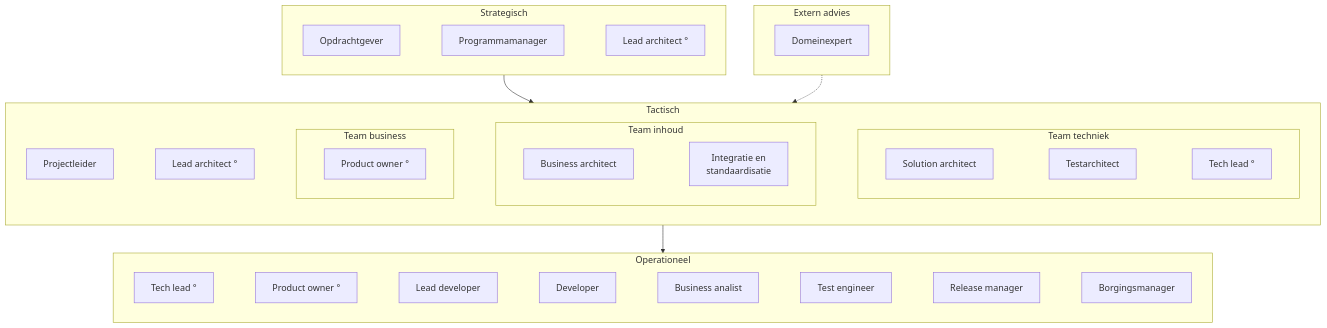
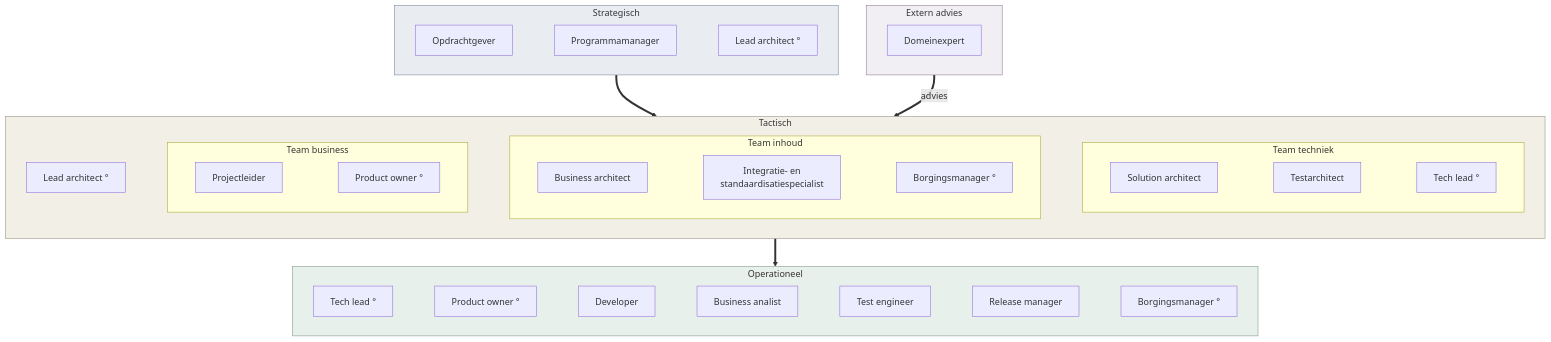
The first of 3 diagrams in presentaties/src/260903_rollen.md (Npuls-OKx/meta), drawn with Mermaid before and after one commit. The commit also changed other lines of this file, not shown here.

````diff
--- a/presentaties/src/260903_rollen.md
+++ b/presentaties/src/260903_rollen.md
@@ -117,36 +78,39 @@
 ```mermaid
 flowchart TB
   subgraph EX["Extern advies"]
     direction LR
     DE["Domeinexpert"]
   end
   subgraph S["Strategisch"]
     direction LR
     OG["Opdrachtgever"] ~~~ PM["Programmamanager"] ~~~ LA1["Lead architect °"]
   end
   subgraph T["Tactisch"]
     direction LR
-    PL["Projectleider"]
     LA2["Lead architect °"]
     subgraph TB2["Team business"]
       direction LR
-      PO1["Product owner °"]
+      PL["Projectleider"] ~~~ PO1["Product owner °"]
     end
     subgraph TI["Team inhoud"]
       direction LR
-      BAR["Business architect"] ~~~ IS["Integratie en<br/>standaardisatie"]
+      BAR["Business architect"] ~~~ IS["Integratie- en<br/>standaardisatiespecialist"] ~~~ BM1["Borgingsmanager °"]
     end
     subgraph TT["Team techniek"]
       direction LR
       SA["Solution architect"] ~~~ TA["Testarchitect"] ~~~ TL1["Tech lead °"]
     end
-    PL ~~~ LA2 ~~~ TB2 ~~~ TI ~~~ TT
+    LA2 ~~~ TB2 ~~~ TI ~~~ TT
   end
   subgraph O["Operationeel"]
     direction LR
-    TL2["Tech lead °"] ~~~ PO2["Product owner °"] ~~~ LD["Lead developer"] ~~~ DEV["Developer"] ~~~ BA["Business analist"] ~~~ TE["Test engineer"] ~~~ RM["Release manager"] ~~~ BM["Borgingsmanager"]
+    TL2["Tech lead °"] ~~~ PO2["Product owner °"] ~~~ DEV["Developer"] ~~~ BA["Business analist"] ~~~ TE["Test engineer"] ~~~ RM["Release manager"] ~~~ BM2["Borgingsmanager °"]
   end
-  S --> T
-  T --> O
-  EX -.-> T
+  S ==> T
+  T ==> O
+  EX ==>|advies| T
+  style EX fill:#f2eff4,stroke:#8c7e94
+  style S fill:#e9edf2,stroke:#7d8a99
+  style T fill:#f2efe7,stroke:#9a9280
+  style O fill:#e8f0ec,stroke:#7f9a8c
 ```
````
